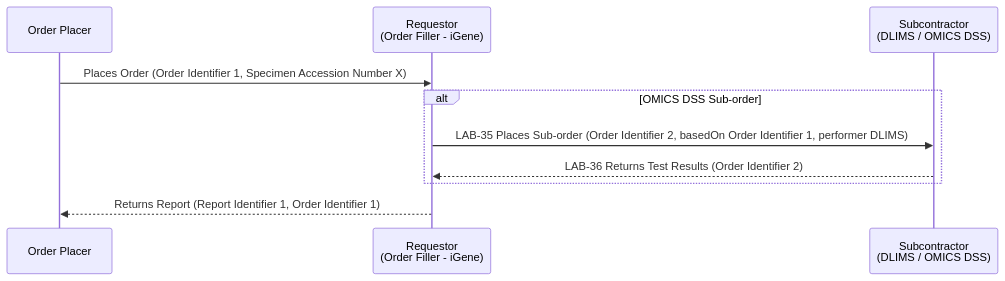
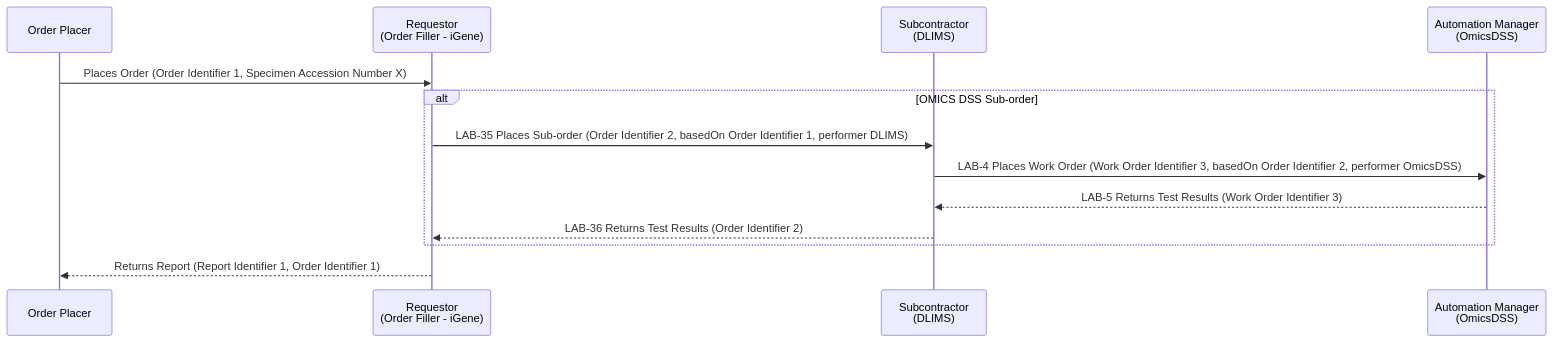
The seventh of 7 diagrams in input/pagecontent/ILW.md (nw-gmsa/nw-gmsa.github.com), drawn with Mermaid before and after one commit. The commit also changed other lines of this file and 3 other files, not shown here.

First line of the commit message:
Add DLIMS to OmicsDSS LAB-4 work order example

````diff
--- a/input/pagecontent/ILW.md
+++ b/input/pagecontent/ILW.md
@@ -238,16 +238,19 @@
 ```mermaid
 sequenceDiagram
     participant OrderPlacer as Order Placer
 
     participant iGene as Requestor<br/>(Order Filler - iGene)
-    participant DLIMS as Subcontractor<br/>(DLIMS / OMICS DSS)
+        participant DLIMS as Subcontractor<br/>(DLIMS)
+    participant OmicsDSS as Automation Manager<br/>(OmicsDSS)
 
     OrderPlacer ->> iGene: Places Order (Order Identifier 1, Specimen Accession Number X)
 
     alt OMICS DSS Sub-order
         iGene ->> DLIMS: LAB-35 Places Sub-order (Order Identifier 2, basedOn Order Identifier 1, performer DLIMS)
+        DLIMS ->> OmicsDSS: LAB-4 Places Work Order (Work Order Identifier 3, basedOn Order Identifier 2, performer OmicsDSS)
+        OmicsDSS -->> DLIMS: LAB-5 Returns Test Results (Work Order Identifier 3)
         DLIMS -->> iGene: LAB-36 Returns Test Results (Order Identifier 2)
     end
 
     iGene -->> OrderPlacer: Returns Report (Report Identifier 1, Order Identifier 1)
 ```
````
